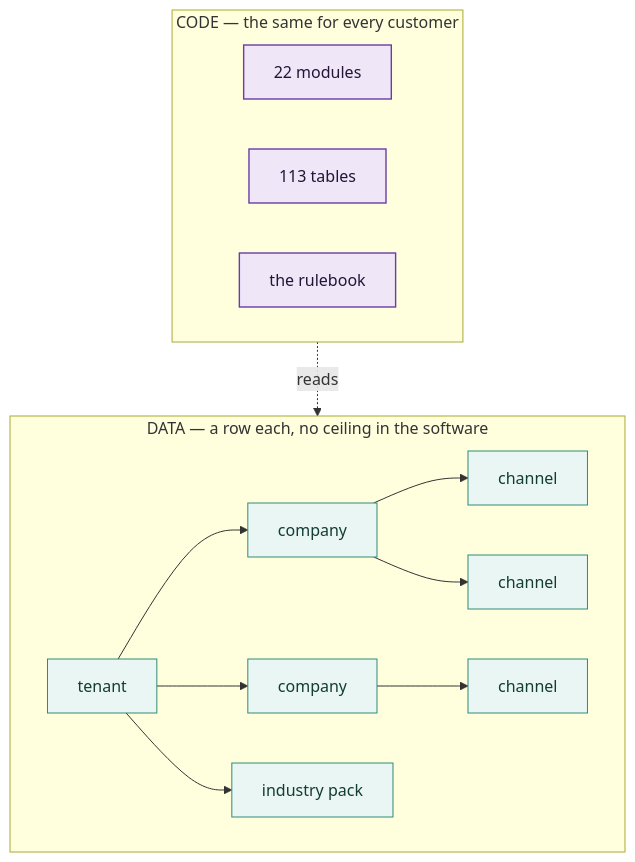
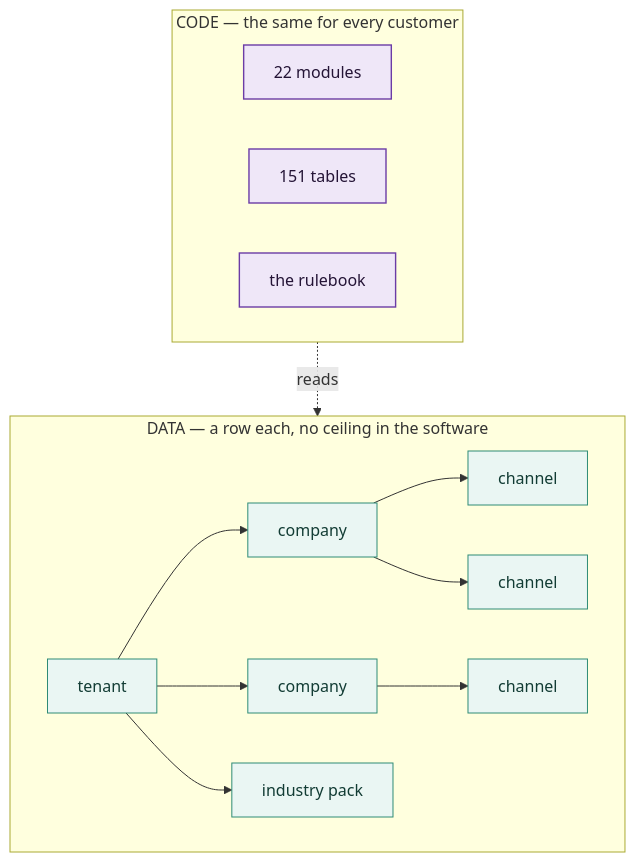
The fourth of 16 diagrams in MEDHAVA_PLAN_OF_ACTION.md (vastrangam/AI_Content_Engine), drawn with Mermaid before and after one commit. The commit also changed other lines of this file and 17 other files, not shown here.

````diff
--- a/MEDHAVA_PLAN_OF_ACTION.md
+++ b/MEDHAVA_PLAN_OF_ACTION.md
@@ -261,19 +261,19 @@
 ```mermaid
 flowchart TB
   classDef row fill:#EAF6F3,stroke:#2E8B76,color:#123C34;
   classDef code fill:#EFE7F8,stroke:#6B3CA6,color:#241436,stroke-width:1.4px;
   subgraph CODE["CODE — the same for every customer"]
     M["22 modules"]:::code
-    SCH["113 tables"]:::code
+    SCH["151 tables"]:::code
     RB["the rulebook"]:::code
   end
   subgraph DATA["DATA — a row each, no ceiling in the software"]
     T["tenant"]:::row --> C1["company"]:::row
     T --> C2["company"]:::row
     C1 --> CH1["channel"]:::row
     C1 --> CH2["channel"]:::row
     C2 --> CH3["channel"]:::row
     T --> PK["industry pack"]:::row
   end
   CODE -.->|"reads"| DATA
 ```
````
